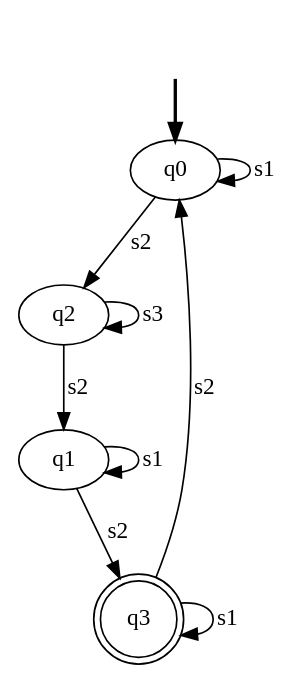
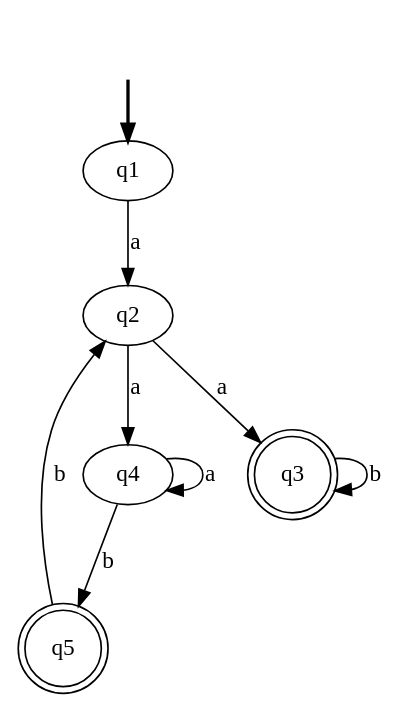
The diagram in graphs/graph1.png.dot (dunyaoguz/automata_wizard), drawn with Graphviz before and after one commit. The commit also changed 8 other files, not shown here.

```diff
--- a/graphs/graph1.png.dot
+++ b/graphs/graph1.png.dot
@@ -1,16 +1,16 @@
 digraph {
-	fake [style=invisible]
-	q0 [root=true]
+	fake0 [style=invisible]
+	q5 [shape=doublecircle]
 	q2
-	q1
+	q4
+	q1 [root=true]
 	q3 [shape=doublecircle]
-	fake -> q0 [style=bold]
-	q3 -> q0 [label=s2]
-	q3 -> q3 [label=s1]
-	q2 -> q1 [label=s2]
-	q2 -> q2 [label=s3]
-	q1 -> q3 [label=s2]
-	q1 -> q1 [label=s1]
-	q0 -> q2 [label=s2]
-	q0 -> q0 [label=s1]
+	fake0 -> q1 [style=bold]
+	q1 -> q2 [label=a]
+	q2 -> q3 [label=a]
+	q2 -> q4 [label=a]
+	q3 -> q3 [label=b]
+	q4 -> q4 [label=a]
+	q4 -> q5 [label=b]
+	q5 -> q2 [label=b]
 }
```
